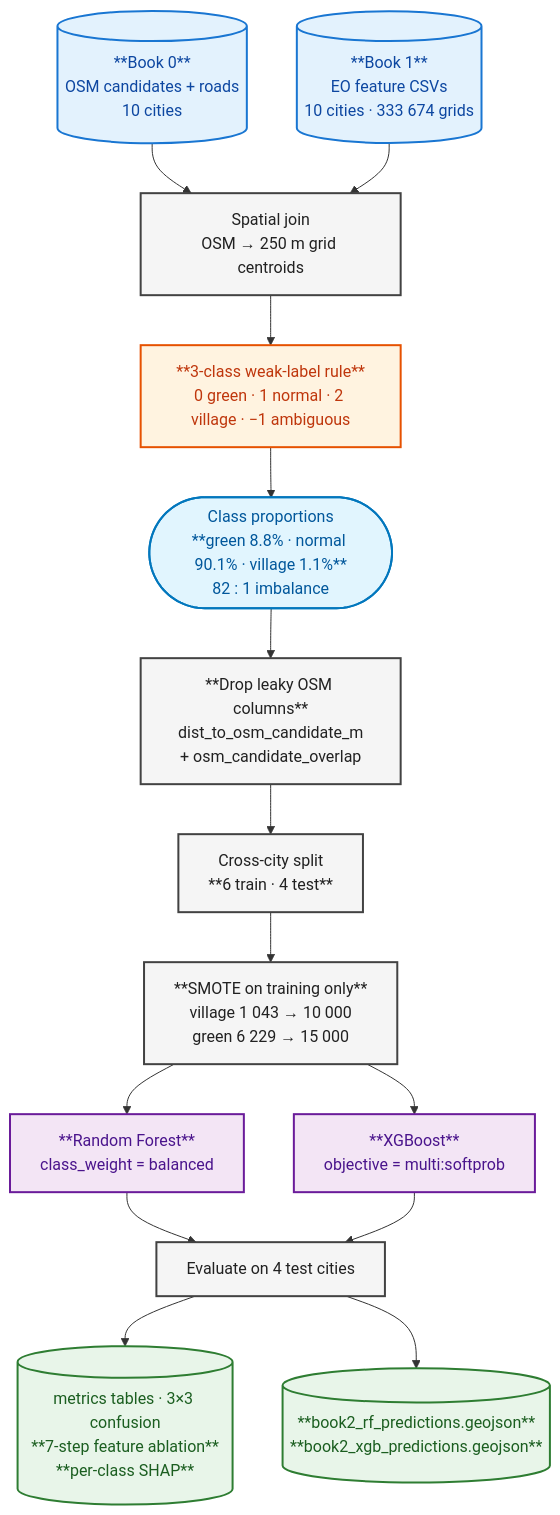
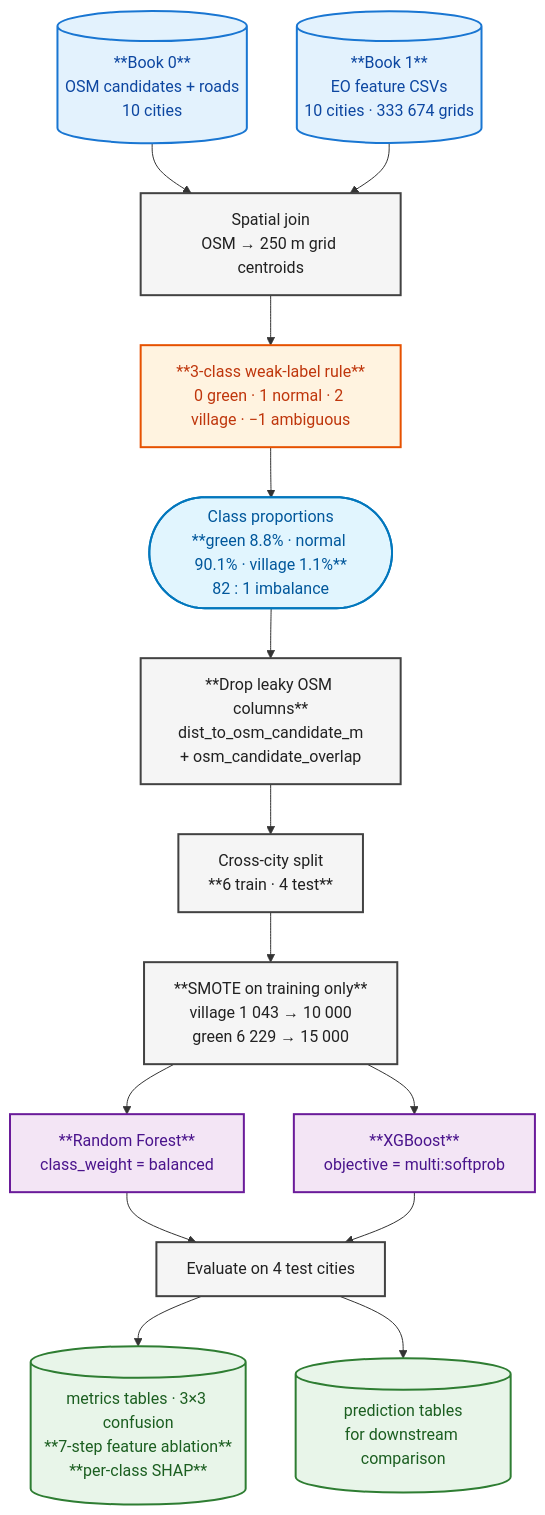
The fifth of 7 diagrams in README.md (Entao21/0069_coursework), drawn with Mermaid before and after one commit. The commit also changed other lines of this file and 2 other files, not shown here.

````diff
--- a/README.md
+++ b/README.md
@@ -354,38 +359,38 @@
 ```mermaid
 flowchart TB
     A1[("**Book 0**<br/>OSM candidates + roads<br/>10 cities")]
     A2[("**Book 1**<br/>EO feature CSVs<br/>10 cities · 333 674 grids")]
 
     A1 --> B["Spatial join<br/>OSM → 250 m grid centroids"]
     A2 --> B
     B --> R["**3-class weak-label rule**<br/>0 green · 1 normal · 2 village · −1 ambiguous"]
     R --> CC(["Class proportions<br/>**green 8.8% · normal 90.1% · village 1.1%**<br/>82 : 1 imbalance"])
 
     CC --> D["**Drop leaky OSM columns**<br/>dist_to_osm_candidate_m<br/>+ osm_candidate_overlap"]
     D --> E["Cross-city split<br/>**6 train · 4 test**"]
 
     E --> F["**SMOTE on training only**<br/>village 1 043 → 10 000<br/>green 6 229 → 15 000"]
 
     F --> G1["**Random Forest**<br/>class_weight = balanced"]
     F --> G2["**XGBoost**<br/>objective = multi:softprob"]
 
     G1 --> H["Evaluate on 4 test cities"]
     G2 --> H
 
     H --> O1[("metrics tables · 3×3 confusion<br/>**7-step feature ablation**<br/>**per-class SHAP**")]
-    H --> O2[("**book2_rf_predictions.geojson**<br/>**book2_xgb_predictions.geojson**")]
+    H --> O2[("prediction tables<br/>for downstream comparison")]
 
     classDef input fill:#E3F2FD,stroke:#1976D2,stroke-width:2px,color:#0D47A1
     classDef process fill:#F5F5F5,stroke:#424242,stroke-width:2px,color:#212121
     classDef rule fill:#FFF3E0,stroke:#E65100,stroke-width:2px,color:#BF360C
     classDef interim fill:#E1F5FE,stroke:#0277BD,stroke-width:2px,color:#01579B
     classDef model fill:#F3E5F5,stroke:#6A1B9A,stroke-width:2px,color:#4A148C
     classDef output fill:#E8F5E9,stroke:#2E7D32,stroke-width:2px,color:#1B5E20
 
     class A1,A2 input
     class B,D,E,F,H process
     class R rule
     class CC interim
     class G1,G2 model
     class O1,O2 output
 ```
````
